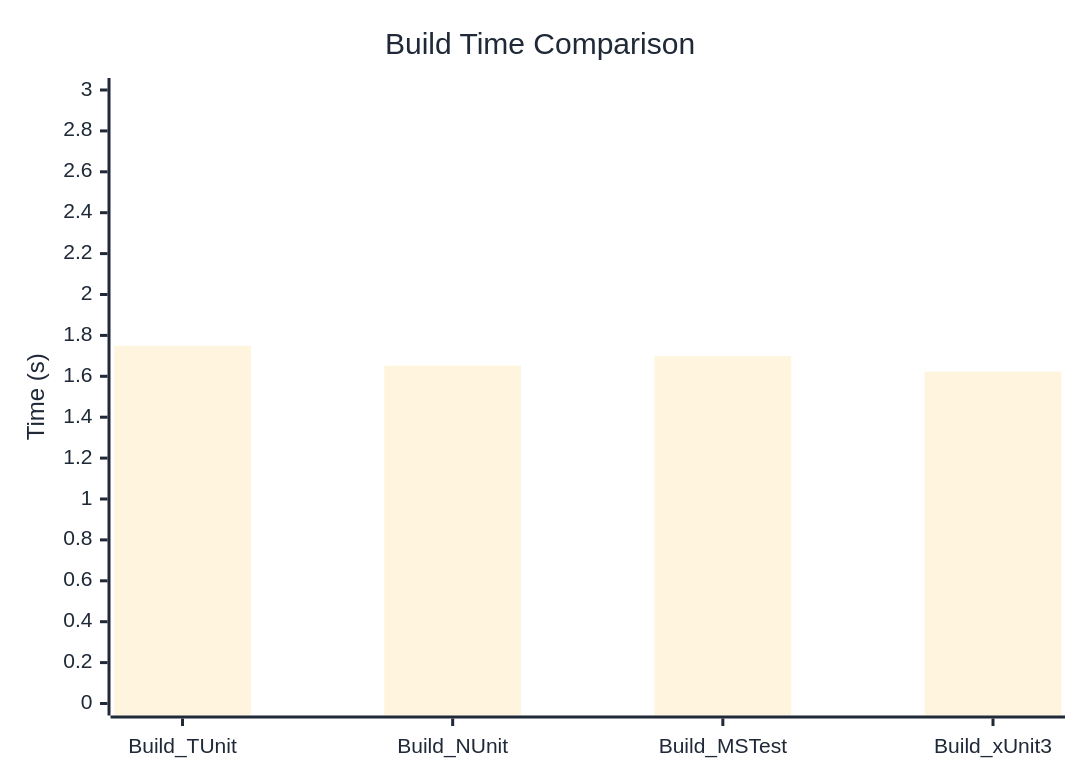
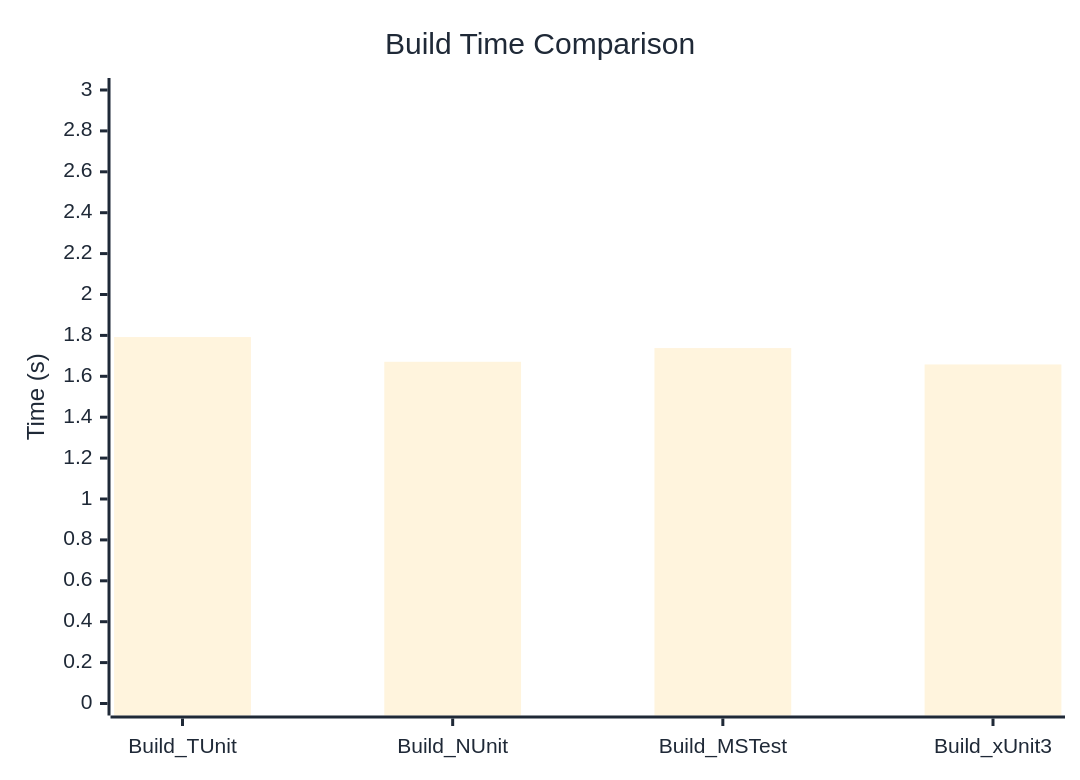
One commit to thomhurst/TUnit changed the diagram in docs/docs/benchmarks/BuildTime.md. Above: the diagram before and after it, drawn with Mermaid. The commit also changed other lines of this file and 17 other files, not shown here.

````diff
--- a/docs/docs/benchmarks/BuildTime.md
+++ b/docs/docs/benchmarks/BuildTime.md
@@ -28,37 +28,37 @@
 ```mermaid
 %%{init: {
   'theme':'base',
   'themeVariables': {
     'primaryColor': '#2563eb',
     'primaryTextColor': '#1f2937',
     'primaryBorderColor': '#1e40af',
     'lineColor': '#6b7280',
     'secondaryColor': '#7c3aed',
     'tertiaryColor': '#dc2626',
     'background': '#ffffff',
     'mainBkg': '#2563eb',
     'secondBkg': '#7c3aed',
     'tertiaryBkg': '#dc2626',
     'clusterBkg': '#f3f4f6',
     'edgeLabelBackground': '#ffffff',
     'tertiaryTextColor': '#1f2937',
     'pie1': '#2563eb',
     'pie2': '#7c3aed',
     'pie3': '#dc2626',
     'pie4': '#f59e0b',
     'pie5': '#10b981',
     'pie6': '#06b6d4',
     'pie7': '#ec4899',
     'pie8': '#6366f1',
     'pie9': '#84cc16',
     'pie10': '#f97316',
     'pie11': '#14b8a6',
     'pie12': '#a855f7'
   }
 }}%%
 xychart-beta
   title "Build Time Comparison"
   x-axis ["Build_TUnit", "Build_NUnit", "Build_MSTest", "Build_xUnit3"]
   y-axis "Time (s)" 0 --> 3
-  bar [1.749, 1.652, 1.698, 1.623]
+  bar [1.792, 1.671, 1.738, 1.658]
 ```
````
